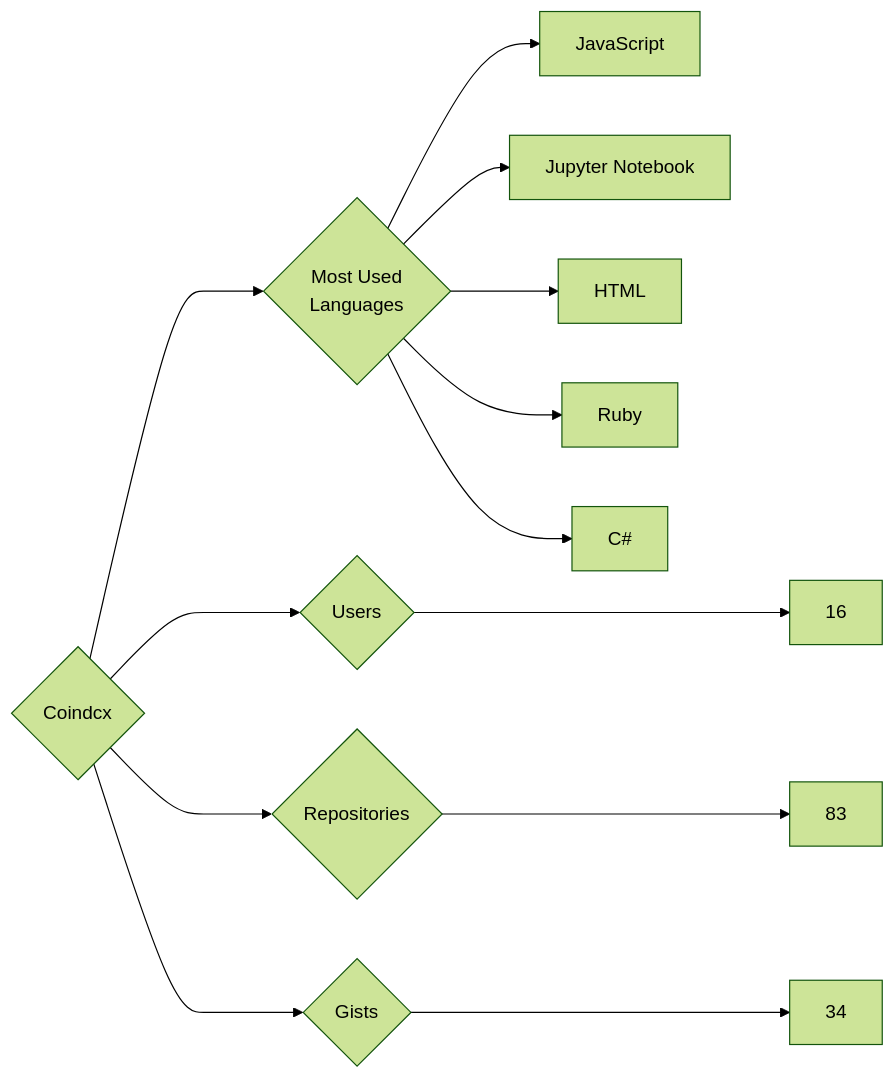
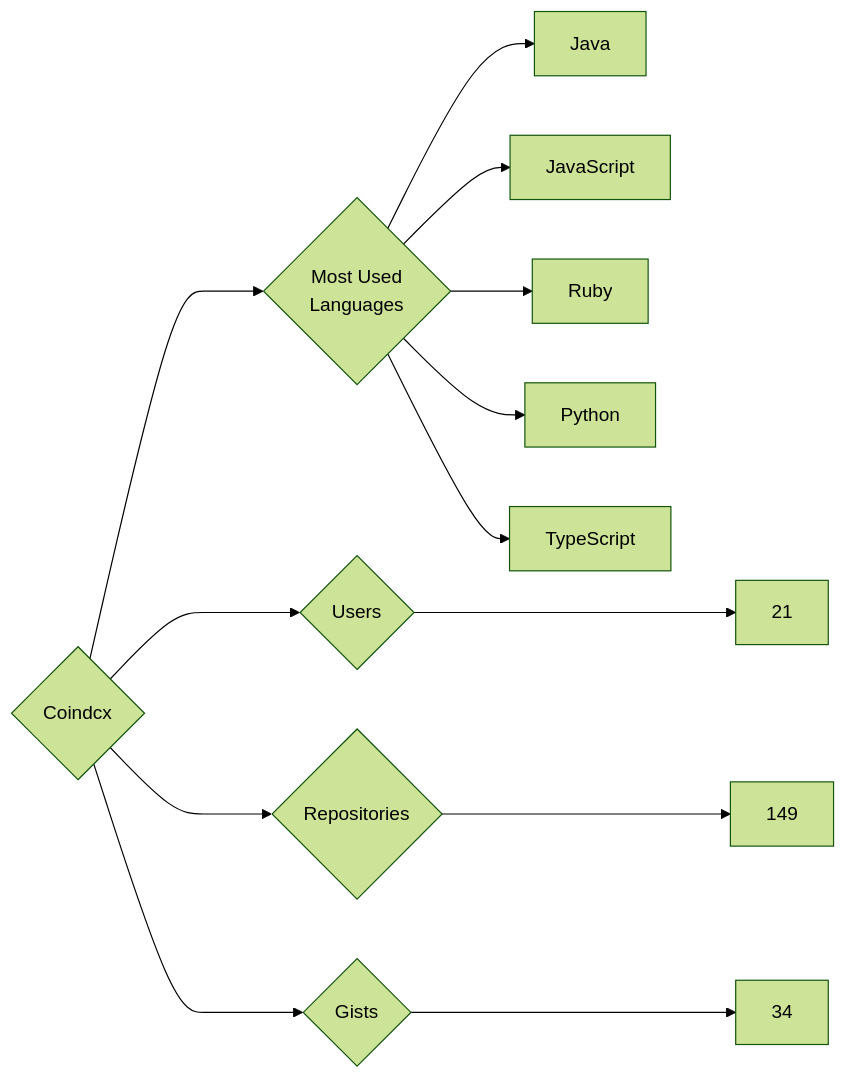
Before and after one commit to trickest/insiders: the diagram in targets/Coindcx/README.md, drawn with Mermaid (forest theme). The commit also changed 823 other files, not shown here.

````diff
--- a/targets/Coindcx/README.md
+++ b/targets/Coindcx/README.md
@@ -3,13 +3,13 @@
 ```mermaid
 graph LR
 COMPANY_NAME{Coindcx}
-COMPANY_NAME ---> U{Users} ---> UN[16]
-COMPANY_NAME ---> R{Repositories} ---> RN[83]
+COMPANY_NAME ---> U{Users} ---> UN[21]
+COMPANY_NAME ---> R{Repositories} ---> RN[149]
 COMPANY_NAME ---> G{Gists} ---> GN[34]
 COMPANY_NAME ---> ML{Most Used<br>Languages}
+ML --> Java[Java]
 ML --> JavaScript[JavaScript]
-ML --> Jupyter_Notebook[Jupyter Notebook]
-ML --> HTML[HTML]
 ML --> Ruby[Ruby]
-ML --> C#[C#]
+ML --> Python[Python]
+ML --> TypeScript[TypeScript]
 ```
````
